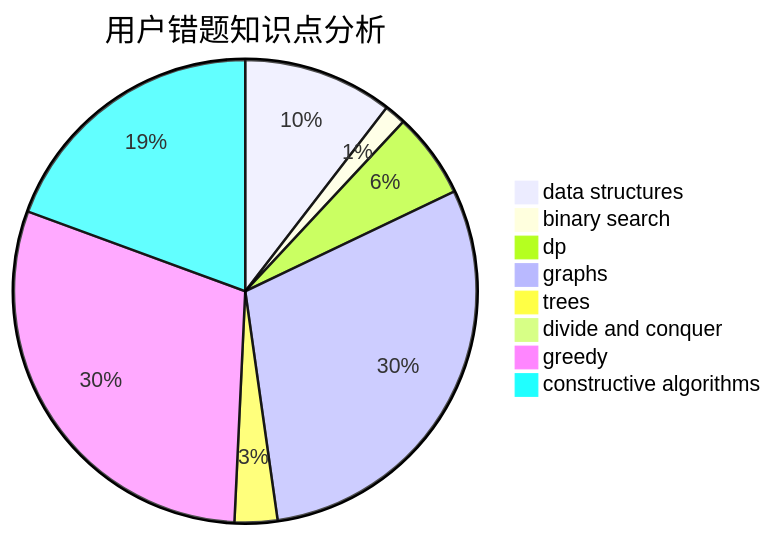
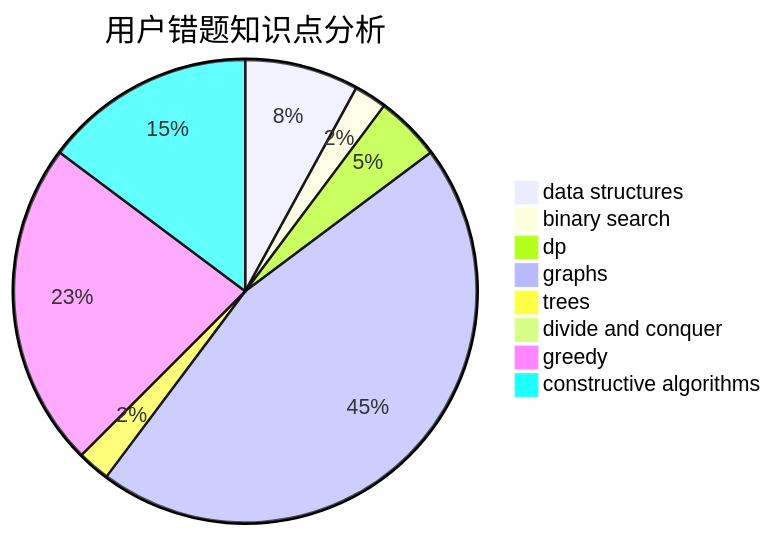
Before and after one commit to sherpahu/cfrs.github.io: the third of 3 diagrams in docs/user/u2421.md, drawn with Mermaid. The commit also changed other lines of this file and 2770 other files, not shown here.

````diff
--- a/docs/user/u2421.md
+++ b/docs/user/u2421.md
@@ -36,11 +36,11 @@
 ```mermaid
 pie title 用户错题知识点分析
     "data structures" :  7
-    "binary search" :  1
+    "binary search" :  2
     "dp" :  4
-    "graphs" :  20
+    "graphs" :  40
     "trees" :  2
     "divide and conquer" :  0
     "greedy" :  20
     "constructive algorithms" :  13
 ```
````
